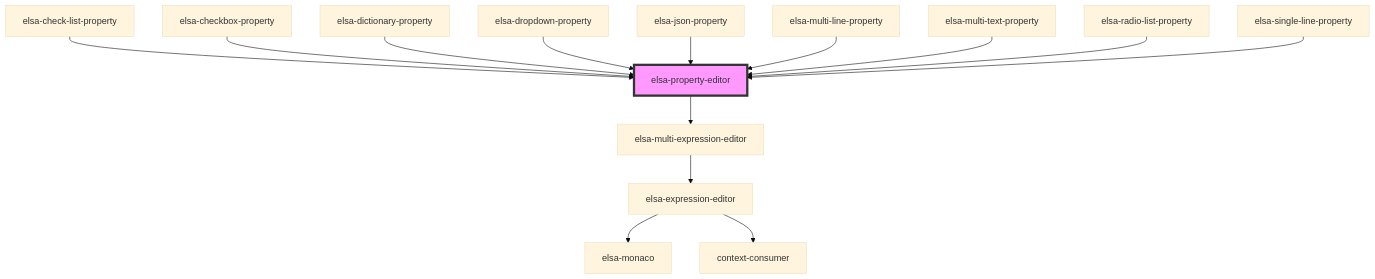
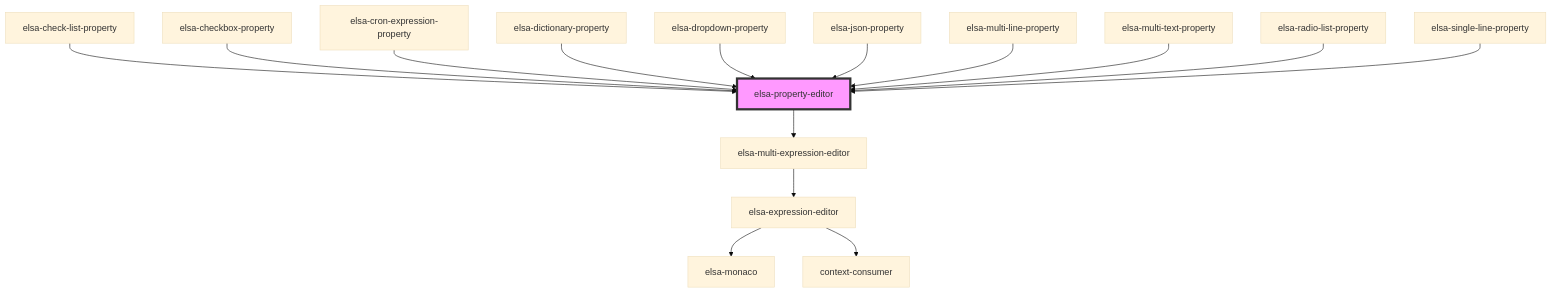
Before and after one commit to elsa-workflows/elsa-core: the diagram in src/designer/elsa-workflows-studio/src/components/editors/elsa-property-editor/readme.md, drawn with Mermaid (base theme). The commit also changed other lines of this file, not shown here.

````diff
--- a/src/designer/elsa-workflows-studio/src/components/editors/elsa-property-editor/readme.md
+++ b/src/designer/elsa-workflows-studio/src/components/editors/elsa-property-editor/readme.md
@@ -47,17 +48,18 @@
 ```mermaid
 graph TD;
   elsa-property-editor --> elsa-multi-expression-editor
   elsa-multi-expression-editor --> elsa-expression-editor
   elsa-expression-editor --> elsa-monaco
   elsa-expression-editor --> context-consumer
   elsa-check-list-property --> elsa-property-editor
   elsa-checkbox-property --> elsa-property-editor
+  elsa-cron-expression-property --> elsa-property-editor
   elsa-dictionary-property --> elsa-property-editor
   elsa-dropdown-property --> elsa-property-editor
   elsa-json-property --> elsa-property-editor
   elsa-multi-line-property --> elsa-property-editor
   elsa-multi-text-property --> elsa-property-editor
   elsa-radio-list-property --> elsa-property-editor
   elsa-single-line-property --> elsa-property-editor
   style elsa-property-editor fill:#f9f,stroke:#333,stroke-width:4px
 ```
````
